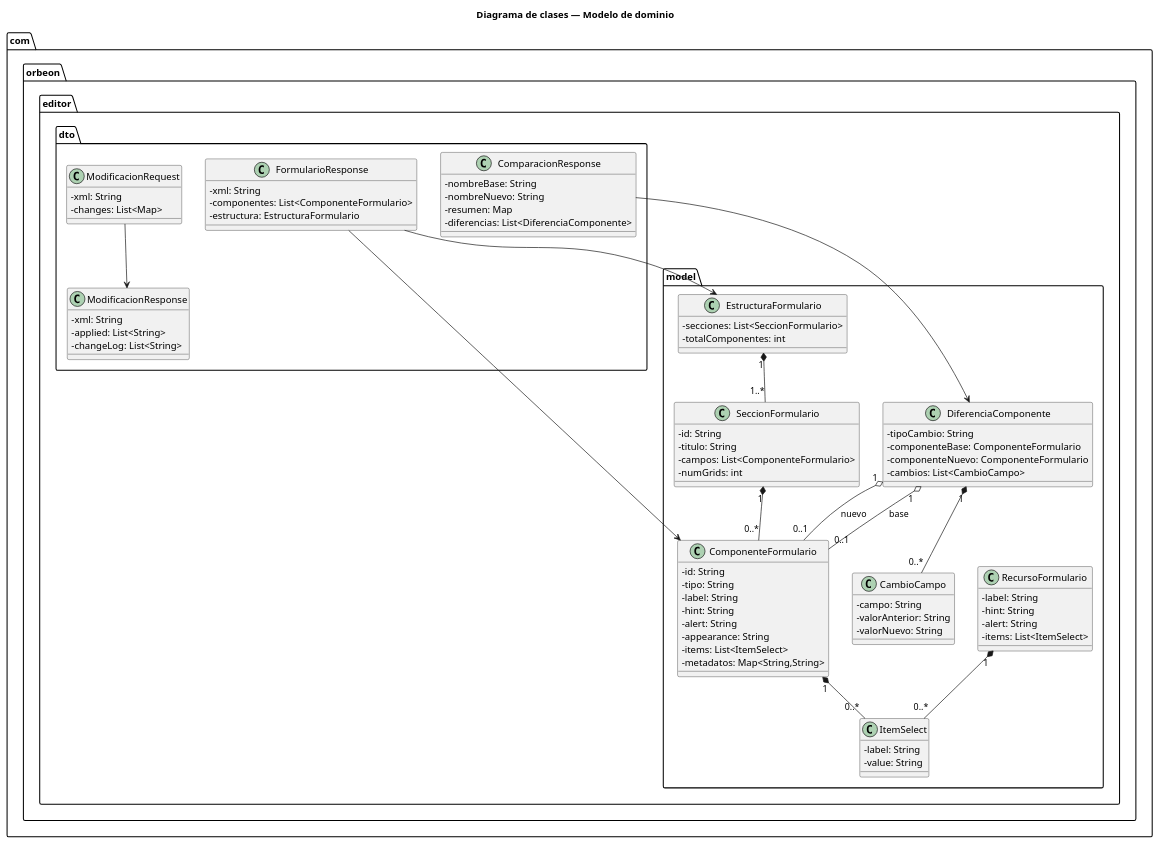
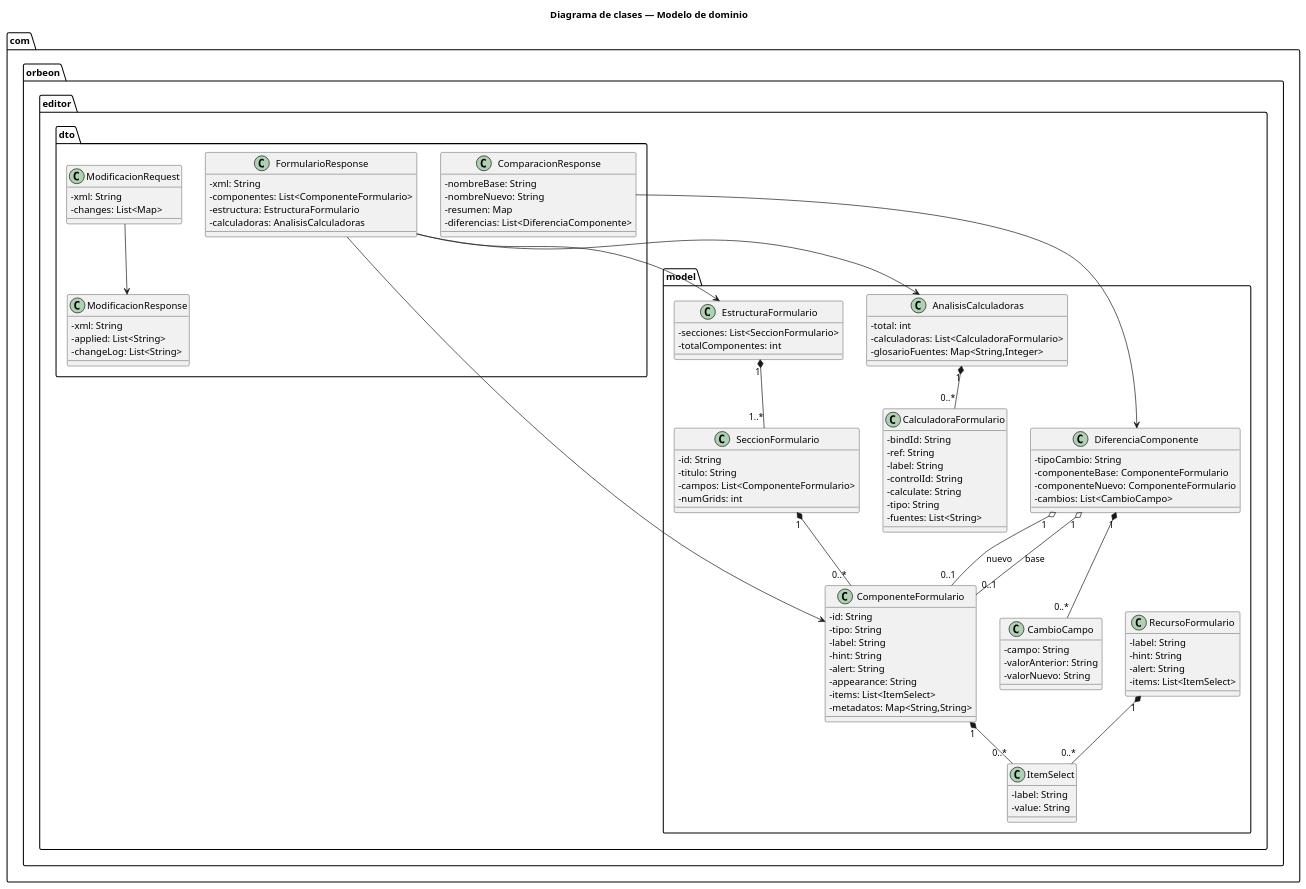
One commit to gracobjo/orbeon changed the diagram in docs/diagramas/clases-dominio.puml. Above: the diagram before and after it, drawn with PlantUML. The commit also changed 16 other files, not shown here.

First line of the commit message:
feat: pesta?a Calculadoras con an?lisis de fuentes y CRUD (update-calculator)

```diff
--- a/docs/diagramas/clases-dominio.puml
+++ b/docs/diagramas/clases-dominio.puml
@@ -1,94 +1,114 @@
 @startuml clases-dominio
 skinparam classAttributeIconSize 0
 title Diagrama de clases — Modelo de dominio
 
 package "com.orbeon.editor.model" {
   class ComponenteFormulario {
     - id: String
     - tipo: String
     - label: String
     - hint: String
     - alert: String
     - appearance: String
     - items: List<ItemSelect>
     - metadatos: Map<String,String>
   }
 
   class ItemSelect {
     - label: String
     - value: String
   }
 
   class RecursoFormulario {
     - label: String
     - hint: String
     - alert: String
     - items: List<ItemSelect>
   }
 
   class SeccionFormulario {
     - id: String
     - titulo: String
     - campos: List<ComponenteFormulario>
     - numGrids: int
   }
 
   class EstructuraFormulario {
     - secciones: List<SeccionFormulario>
     - totalComponentes: int
   }
 
   class DiferenciaComponente {
     - tipoCambio: String
     - componenteBase: ComponenteFormulario
     - componenteNuevo: ComponenteFormulario
     - cambios: List<CambioCampo>
   }
 
+  class CalculadoraFormulario {
+    - bindId: String
+    - ref: String
+    - label: String
+    - controlId: String
+    - calculate: String
+    - tipo: String
+    - fuentes: List<String>
+  }
+
+  class AnalisisCalculadoras {
+    - total: int
+    - calculadoras: List<CalculadoraFormulario>
+    - glosarioFuentes: Map<String,Integer>
+  }
+
+  AnalisisCalculadoras "1" *-- "0..*" CalculadoraFormulario
+
   class CambioCampo {
     - campo: String
     - valorAnterior: String
     - valorNuevo: String
   }
 
   ComponenteFormulario "1" *-- "0..*" ItemSelect
   RecursoFormulario "1" *-- "0..*" ItemSelect
   SeccionFormulario "1" *-- "0..*" ComponenteFormulario
   EstructuraFormulario "1" *-- "1..*" SeccionFormulario
   DiferenciaComponente "1" o-- "0..1" ComponenteFormulario : base
   DiferenciaComponente "1" o-- "0..1" ComponenteFormulario : nuevo
   DiferenciaComponente "1" *-- "0..*" CambioCampo
 }
 
 package "com.orbeon.editor.dto" {
   class FormularioResponse {
     - xml: String
     - componentes: List<ComponenteFormulario>
     - estructura: EstructuraFormulario
+    - calculadoras: AnalisisCalculadoras
   }
 
   class ModificacionRequest {
     - xml: String
     - changes: List<Map>
   }
 
   class ModificacionResponse {
     - xml: String
     - applied: List<String>
     - changeLog: List<String>
   }
 
   class ComparacionResponse {
     - nombreBase: String
     - nombreNuevo: String
     - resumen: Map
     - diferencias: List<DiferenciaComponente>
   }
 
   FormularioResponse --> ComponenteFormulario
   FormularioResponse --> EstructuraFormulario
+  FormularioResponse --> AnalisisCalculadoras
   ModificacionRequest --> ModificacionResponse
   ComparacionResponse --> DiferenciaComponente
 }
 
 @enduml
```
